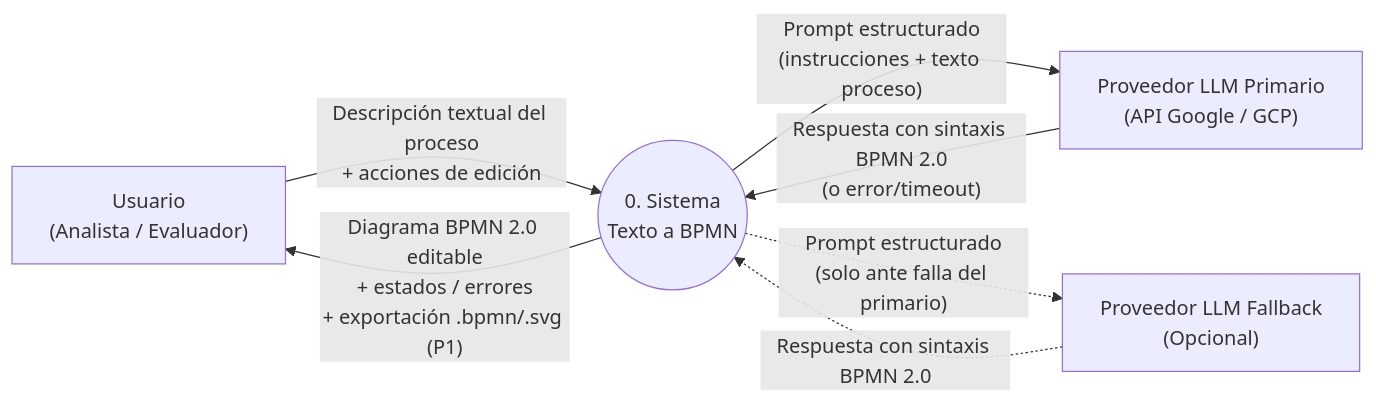
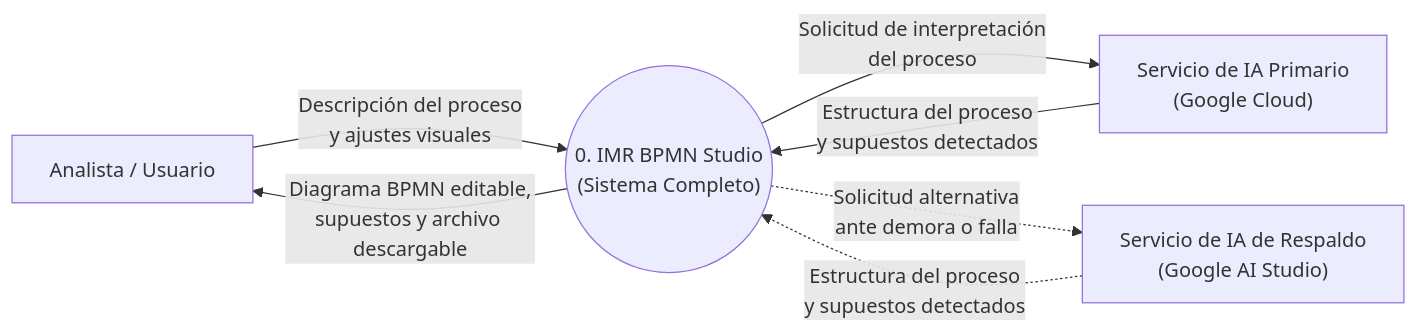
The diagram in docs/diagrams/dfd-0.md (DemiGRol/IMR_Challenge), drawn with Mermaid before and after one commit. The commit also changed other lines of this file and 18 other files, not shown here.

Commit message:
fix(layout): cierre v0.7.3 con compactación de sub-filas, saltos rectos y diagramas as-built

````diff
--- a/docs/diagrams/dfd-0.md
+++ b/docs/diagrams/dfd-0.md
@@ -8,16 +8,16 @@
 ```mermaid
 flowchart LR
-    U["Usuario\n(Analista / Evaluador)"]
-    S(("0. Sistema\nTexto a BPMN"))
-    L1["Proveedor LLM Primario\n(API Google / GCP)"]
-    L2["Proveedor LLM Fallback\n(Opcional)"]
+    U["Analista / Usuario"]
+    S(("0. IMR BPMN Studio\n(Sistema Completo)"))
+    L1["Servicio de IA Primario\n(Google Cloud)"]
+    L2["Servicio de IA de Respaldo\n(Google AI Studio)"]
 
-    U -- "Descripción textual del proceso\n+ acciones de edición" --> S
-    S -- "Diagrama BPMN 2.0 editable\n+ estados / errores\n+ exportación .bpmn/.svg (P1)" --> U
+    U -- "Descripción del proceso\ny ajustes visuales" --> S
+    S -- "Diagrama BPMN editable,\nsupuestos y archivo descargable" --> U
 
-    S -- "Prompt estructurado\n(instrucciones + texto proceso)" --> L1
-    L1 -- "Respuesta con sintaxis BPMN 2.0\n(o error/timeout)" --> S
+    S -- "Solicitud de interpretación\ndel proceso" --> L1
+    L1 -- "Estructura del proceso\ny supuestos detectados" --> S
 
-    S -. "Prompt estructurado\n(solo ante falla del primario)" .-> L2
-    L2 -. "Respuesta con sintaxis BPMN 2.0" .-> S
+    S -. "Solicitud alternativa\nante demora o falla" .-> L2
+    L2 -. "Estructura del proceso\ny supuestos detectados" .-> S
 ```
````
